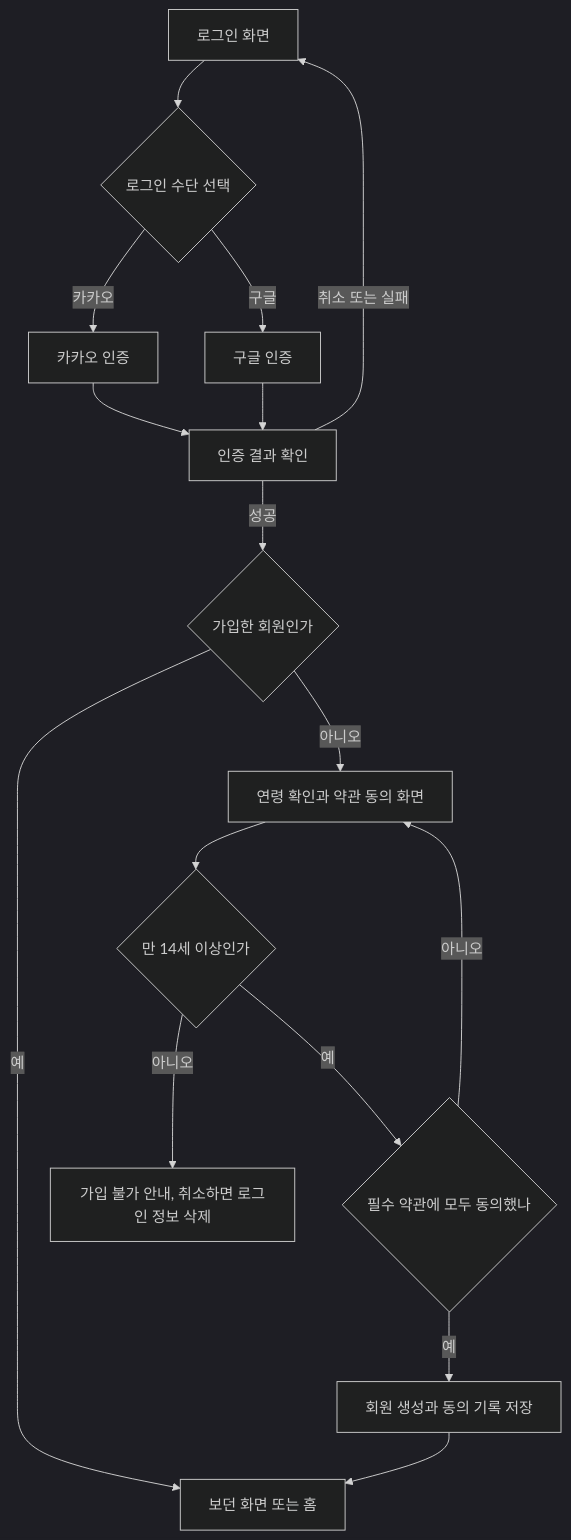
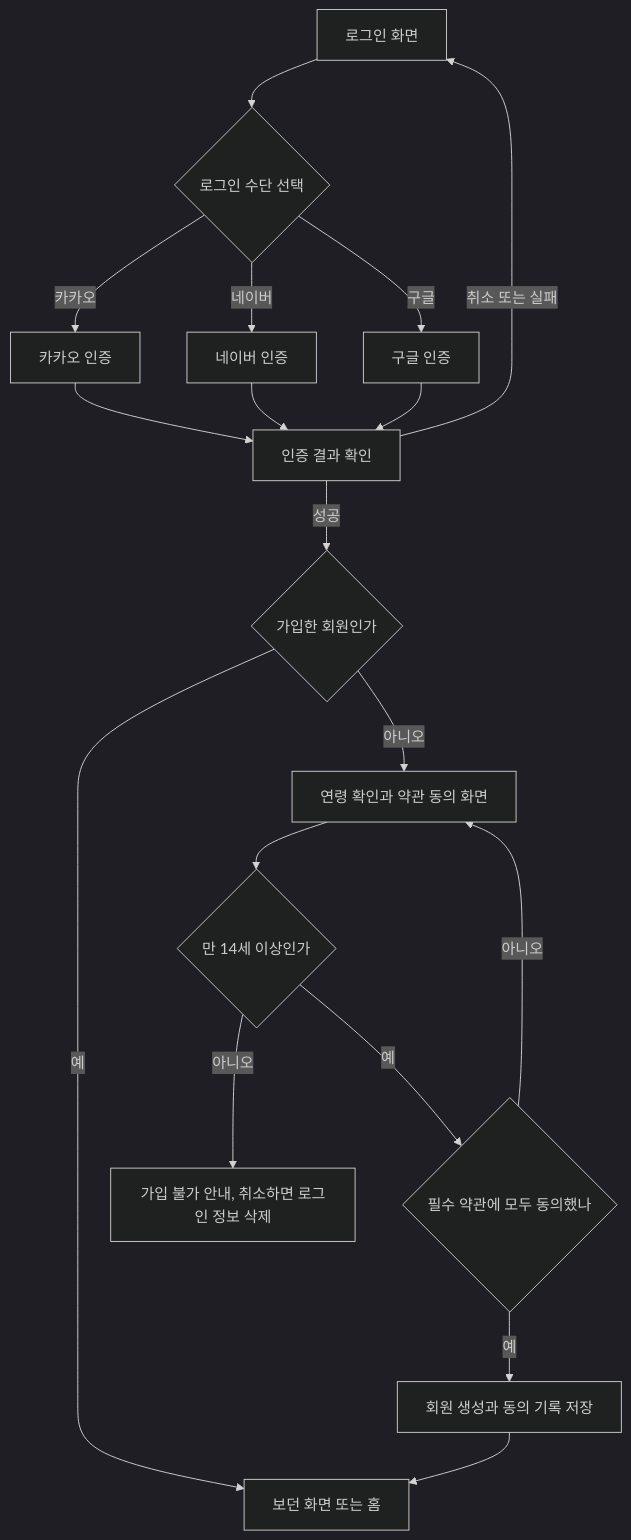
One commit to god3v/hamtteukka changed the first of 2 diagrams in docs/specs/001-account/requirements.md. Above: the diagram before and after it, drawn with Mermaid (dark theme). The commit also changed other lines of this file and 15 other files, not shown here.

````diff
--- a/docs/specs/001-account/requirements.md
+++ b/docs/specs/001-account/requirements.md
@@ -65,18 +66,20 @@
 ```mermaid
 flowchart TD
     login["로그인 화면"] --> pick{"로그인 수단 선택"}
     pick -->|"카카오"| kakao["카카오 인증"]
+    pick -->|"네이버"| naver["네이버 인증"]
     pick -->|"구글"| google["구글 인증"]
     kakao --> verify["인증 결과 확인"]
+    naver --> verify
     google --> verify
     verify -->|"취소 또는 실패"| login
     verify -->|"성공"| member{"가입한 회원인가"}
     member -->|"예"| back["보던 화면 또는 홈"]
     member -->|"아니오"| terms["연령 확인과 약관 동의 화면"]
     terms --> age{"만 14세 이상인가"}
     age -->|"아니오"| minor["가입 불가 안내, 취소하면 로그인 정보 삭제"]
     age -->|"예"| required{"필수 약관에 모두 동의했나"}
     required -->|"아니오"| terms
     required -->|"예"| create["회원 생성과 동의 기록 저장"]
     create --> back
 ```
````
